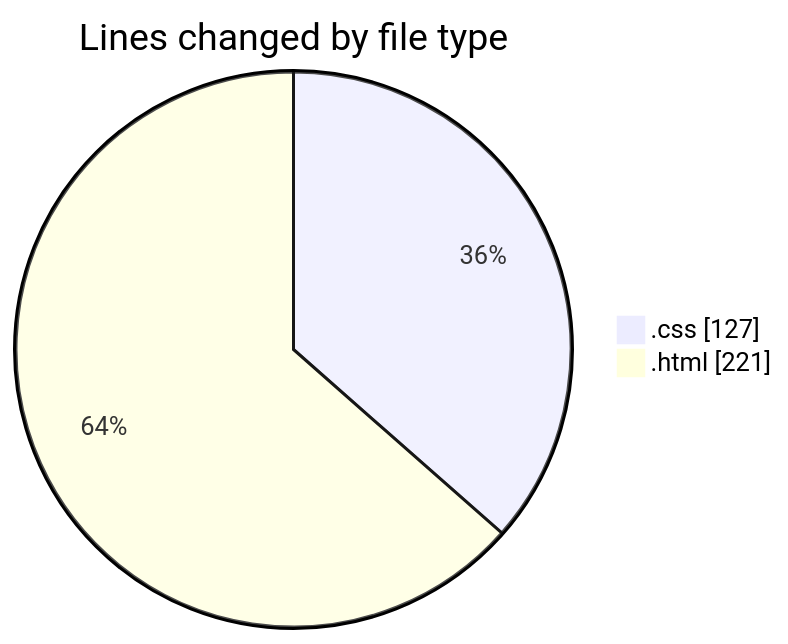
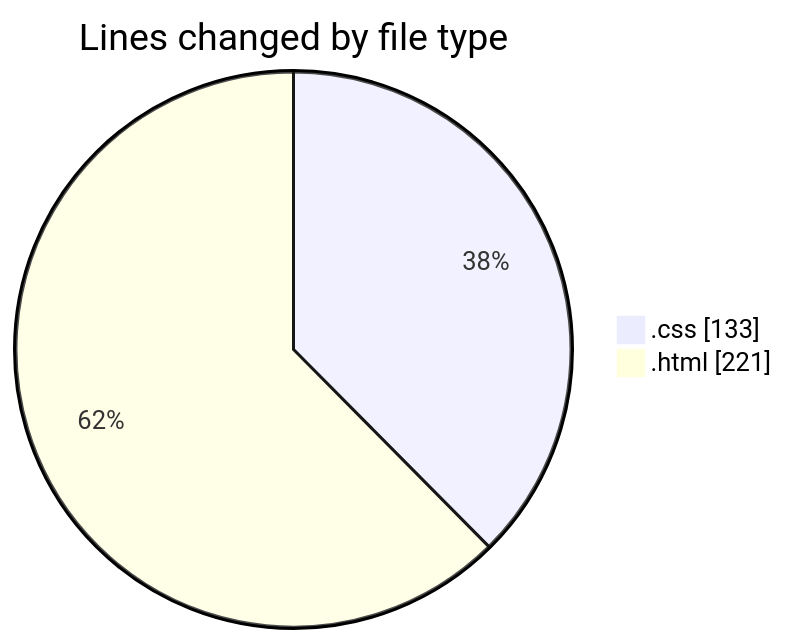
The first of 2 diagrams in 2025-02-04/recipe-page-main/README.md (NitaiMahat/code-tracking), drawn with Mermaid before and after one commit. The commit also changed other lines of this file and 1 other file, not shown here.

````diff
--- a/2025-02-04/recipe-page-main/README.md
+++ b/2025-02-04/recipe-page-main/README.md
@@ -21,6 +21,6 @@
 ```mermaid
 pie showData
 title Lines changed by file type
-".css" : 127
+".css" : 133
 ".html" : 221
 ```
````
